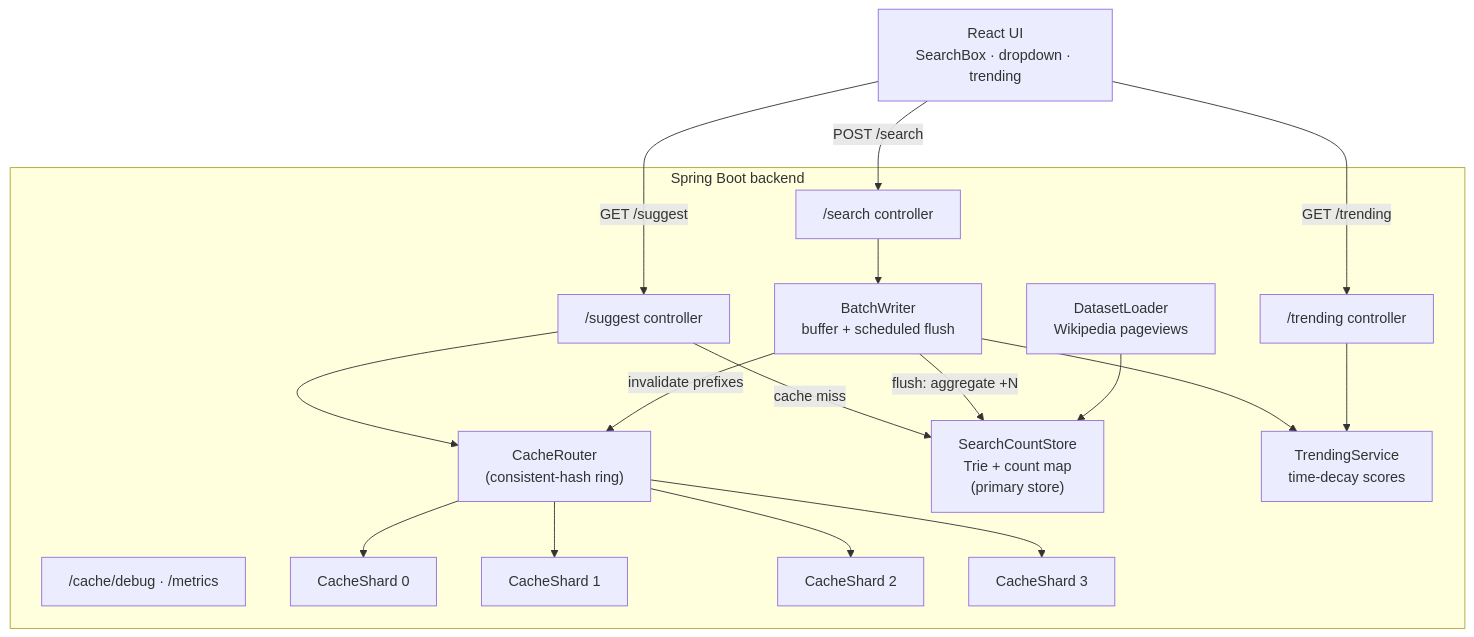
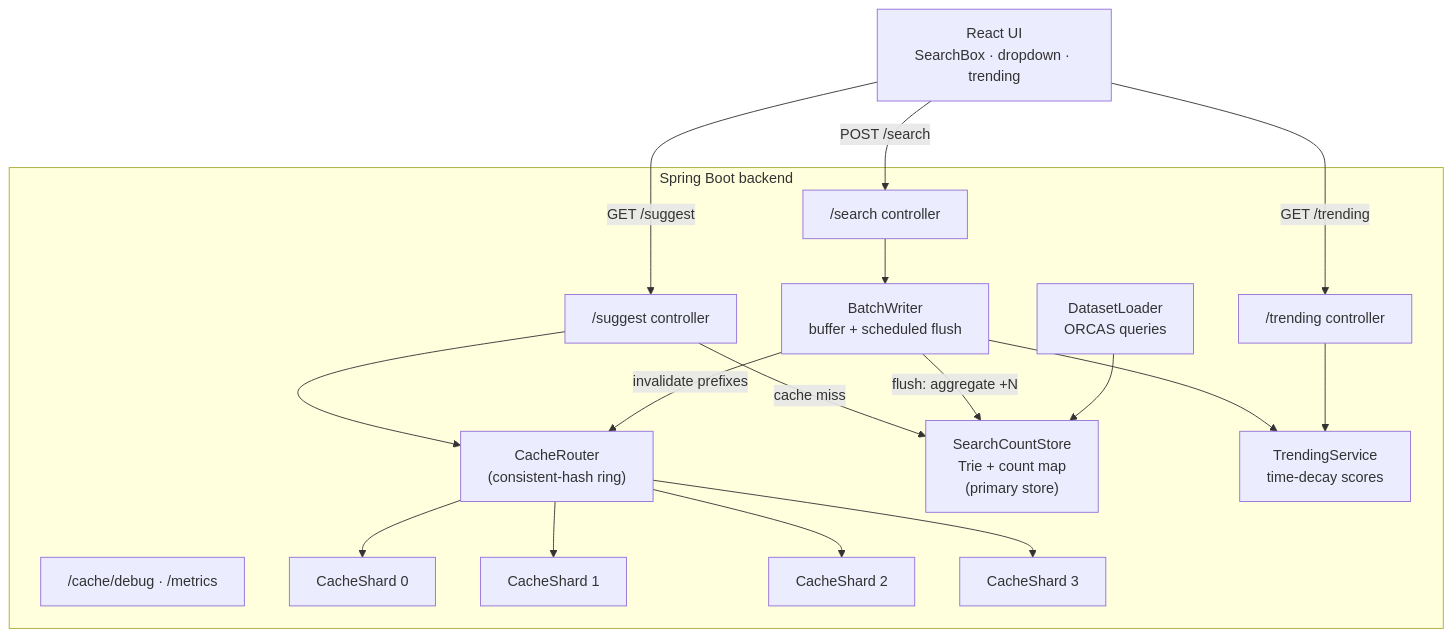
Before and after one commit to PratyushMishra-2nd/Distributed-Search-Suggestion-System: the diagram in docs/ARCHITECTURE.md, drawn with Mermaid. The commit also changed other lines of this file and 21 other files, not shown here.

````diff
--- a/docs/ARCHITECTURE.md
+++ b/docs/ARCHITECTURE.md
@@ -8,36 +8,36 @@
 ```mermaid
 flowchart TD
   UI["React UI<br/>SearchBox · dropdown · trending"]
 
   subgraph Backend["Spring Boot backend"]
     SUG["/suggest controller"]
     SEA["/search controller"]
     TRE["/trending controller"]
     DBG["/cache/debug · /metrics"]
 
     ROUTER["CacheRouter<br/>(consistent-hash ring)"]
     S0["CacheShard 0"]
     S1["CacheShard 1"]
     S2["CacheShard 2"]
     S3["CacheShard 3"]
 
     STORE["SearchCountStore<br/>Trie + count map<br/>(primary store)"]
     BATCH["BatchWriter<br/>buffer + scheduled flush"]
     TREND["TrendingService<br/>time-decay scores"]
-    LOAD["DatasetLoader<br/>Wikipedia pageviews"]
+    LOAD["DatasetLoader<br/>ORCAS queries"]
   end
 
   UI -->|GET /suggest| SUG
   UI -->|POST /search| SEA
   UI -->|GET /trending| TRE
 
   SUG --> ROUTER
   ROUTER --> S0 & S1 & S2 & S3
   SUG -->|cache miss| STORE
   SEA --> BATCH
   BATCH -->|flush: aggregate +N| STORE
   BATCH -->|invalidate prefixes| ROUTER
   BATCH --> TREND
   TRE --> TREND
   LOAD --> STORE
 ```
````
